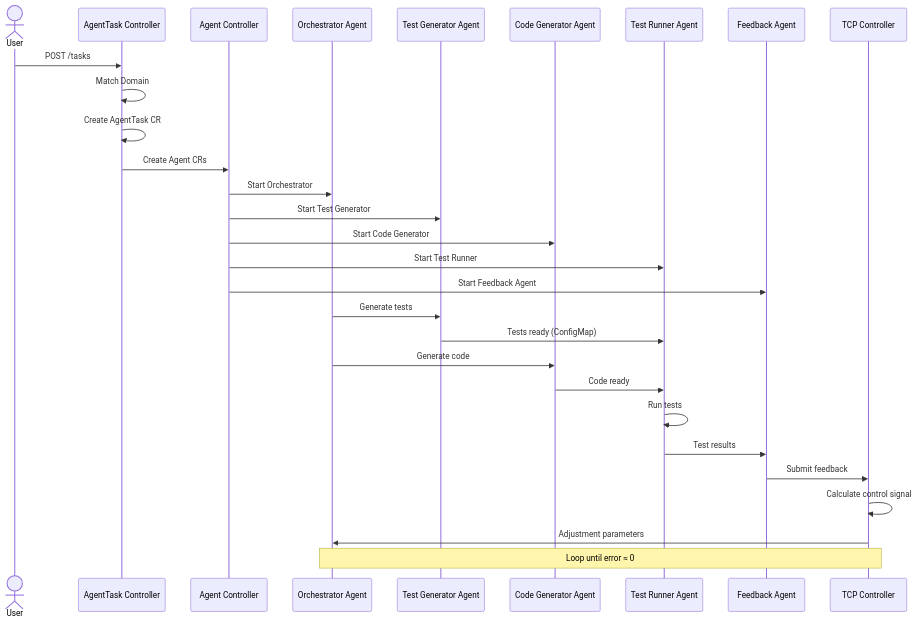
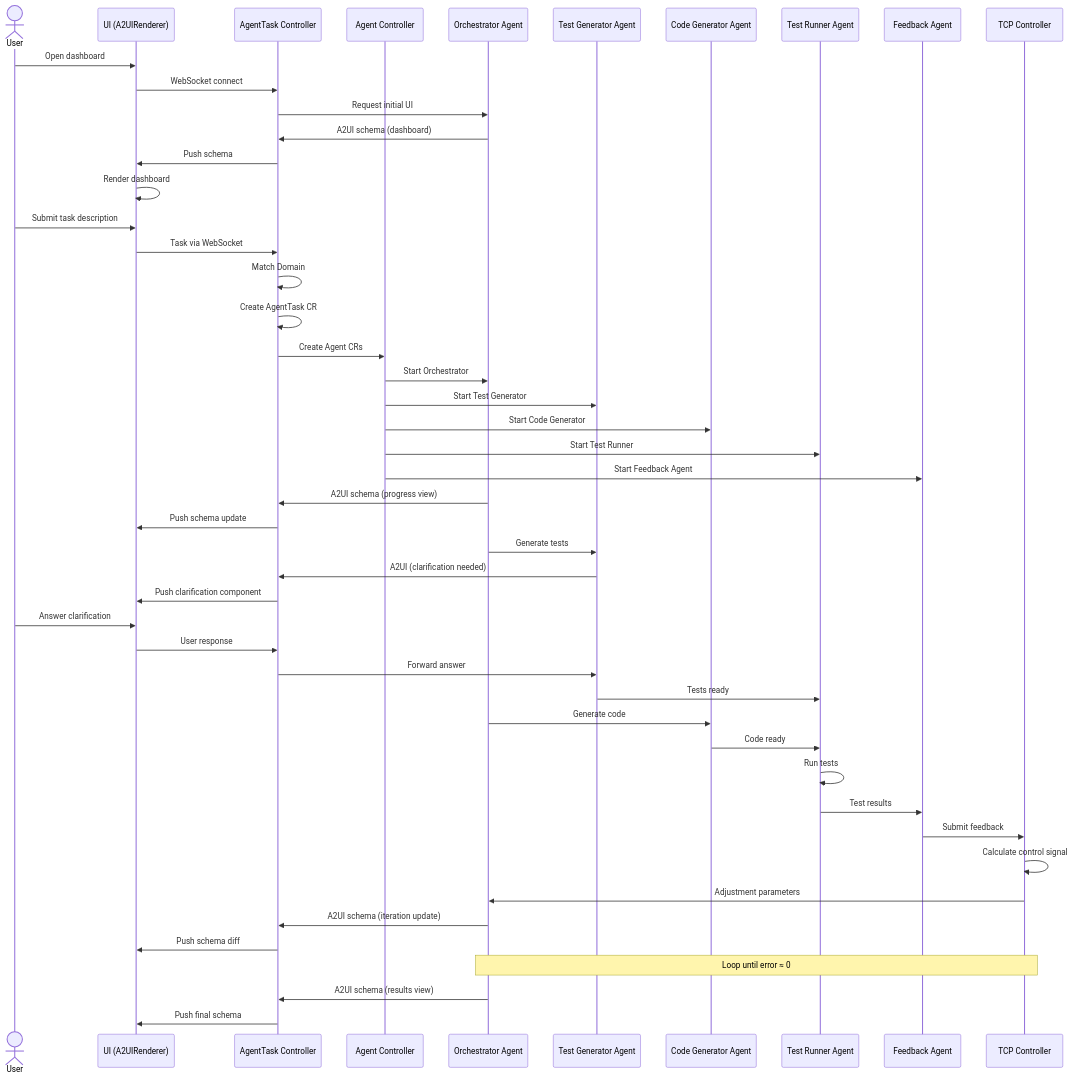
The second of 2 diagrams in docs/arch/02-components.md (dshcherbatiuk/forgemaster), drawn with Mermaid before and after one commit. The commit also changed other lines of this file and 27 other files, not shown here.

First line of the commit message:
feat: Add WebSocket server with data push and UI integration

````diff
--- a/docs/arch/02-components.md
+++ b/docs/arch/02-components.md
@@ -300,34 +312,58 @@
 ```mermaid
 sequenceDiagram
     actor U as User
+    participant UI as UI (A2UIRenderer)
     participant ATC as AgentTask Controller
     participant AC as Agent Controller
     participant OA as Orchestrator Agent
     participant TGA as Test Generator Agent
     participant CGA as Code Generator Agent
     participant TRA as Test Runner Agent
     participant FBA as Feedback Agent
     participant TCP as TCP Controller
 
-    U->>ATC: POST /tasks
+    U->>UI: Open dashboard
+    UI->>ATC: WebSocket connect
+    ATC->>OA: Request initial UI
+    OA->>ATC: A2UI schema (dashboard)
+    ATC->>UI: Push schema
+    UI->>UI: Render dashboard
+
+    U->>UI: Submit task description
+    UI->>ATC: Task via WebSocket
     ATC->>ATC: Match Domain
     ATC->>ATC: Create AgentTask CR
     ATC->>AC: Create Agent CRs
     AC->>OA: Start Orchestrator
     AC->>TGA: Start Test Generator
     AC->>CGA: Start Code Generator
     AC->>TRA: Start Test Runner
     AC->>FBA: Start Feedback Agent
 
+    OA->>ATC: A2UI schema (progress view)
+    ATC->>UI: Push schema update
+
     OA->>TGA: Generate tests
-    TGA->>TRA: Tests ready (ConfigMap)
+    TGA->>ATC: A2UI (clarification needed)
+    ATC->>UI: Push clarification component
+    U->>UI: Answer clarification
+    UI->>ATC: User response
+    ATC->>TGA: Forward answer
+
+    TGA->>TRA: Tests ready
     OA->>CGA: Generate code
     CGA->>TRA: Code ready
     TRA->>TRA: Run tests
     TRA->>FBA: Test results
     FBA->>TCP: Submit feedback
     TCP->>TCP: Calculate control signal
     TCP->>OA: Adjustment parameters
 
+    OA->>ATC: A2UI schema (iteration update)
+    ATC->>UI: Push schema diff
+
     Note over OA,TCP: Loop until error ≈ 0
+
+    OA->>ATC: A2UI schema (results view)
+    ATC->>UI: Push final schema
 ```
````
